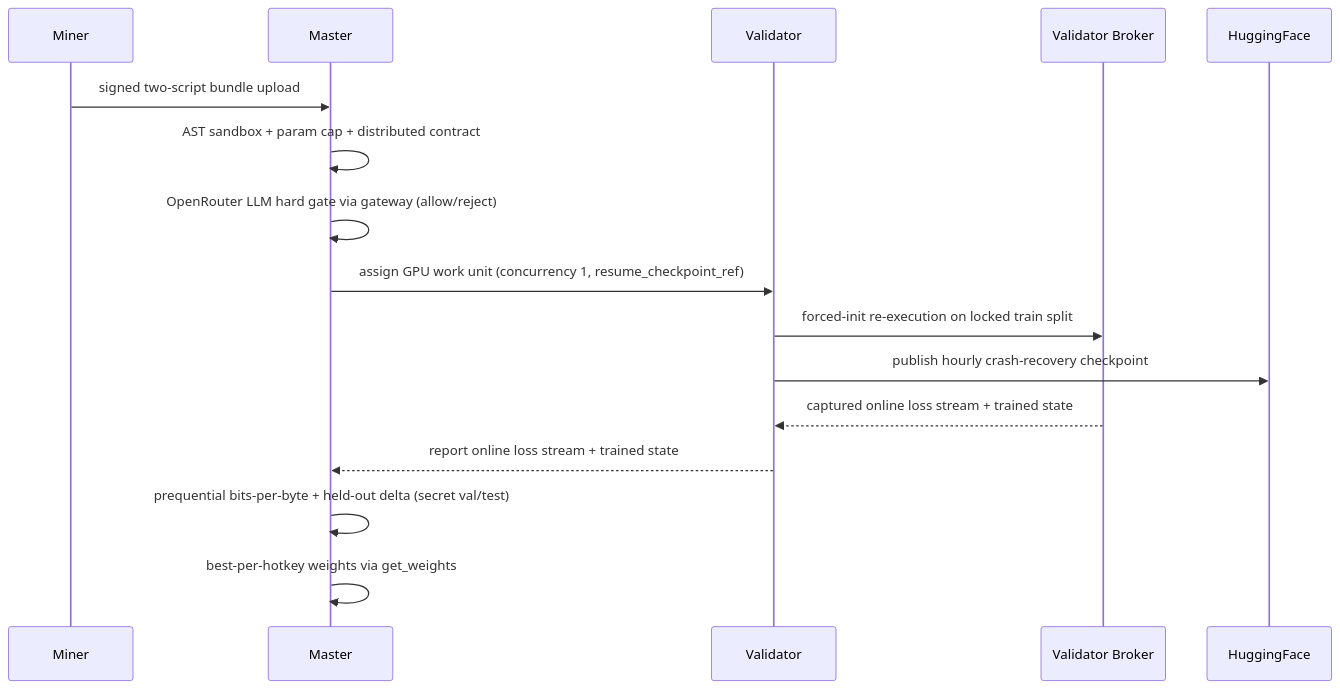
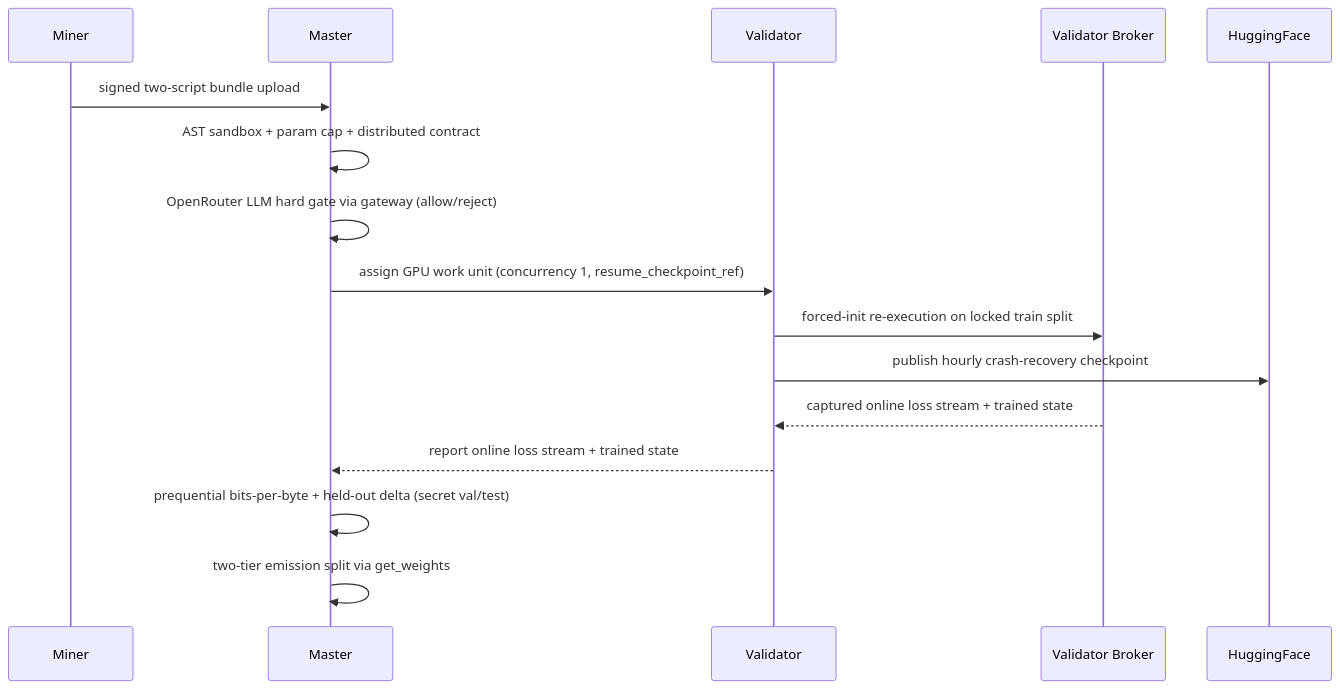
Before and after one commit to PlatformNetwork/prism: the second of 2 diagrams in README.md, drawn with Mermaid. The commit also changed other lines of this file, not shown here.

Commit message:
docs(readme): reflect two-tier emission split weighting

````diff
--- a/README.md
+++ b/README.md
@@ -126,18 +130,18 @@
 ```mermaid
 sequenceDiagram
     participant M as Miner
     participant Mst as Master
     participant V as Validator
     participant D as Validator Broker
     participant HF as HuggingFace
     M->>Mst: signed two-script bundle upload
     Mst->>Mst: AST sandbox + param cap + distributed contract
     Mst->>Mst: OpenRouter LLM hard gate via gateway (allow/reject)
     Mst->>V: assign GPU work unit (concurrency 1, resume_checkpoint_ref)
     V->>D: forced-init re-execution on locked train split
     V->>HF: publish hourly crash-recovery checkpoint
     D-->>V: captured online loss stream + trained state
     V-->>Mst: report online loss stream + trained state
     Mst->>Mst: prequential bits-per-byte + held-out delta (secret val/test)
-    Mst->>Mst: best-per-hotkey weights via get_weights
+    Mst->>Mst: two-tier emission split via get_weights
 ```
````
